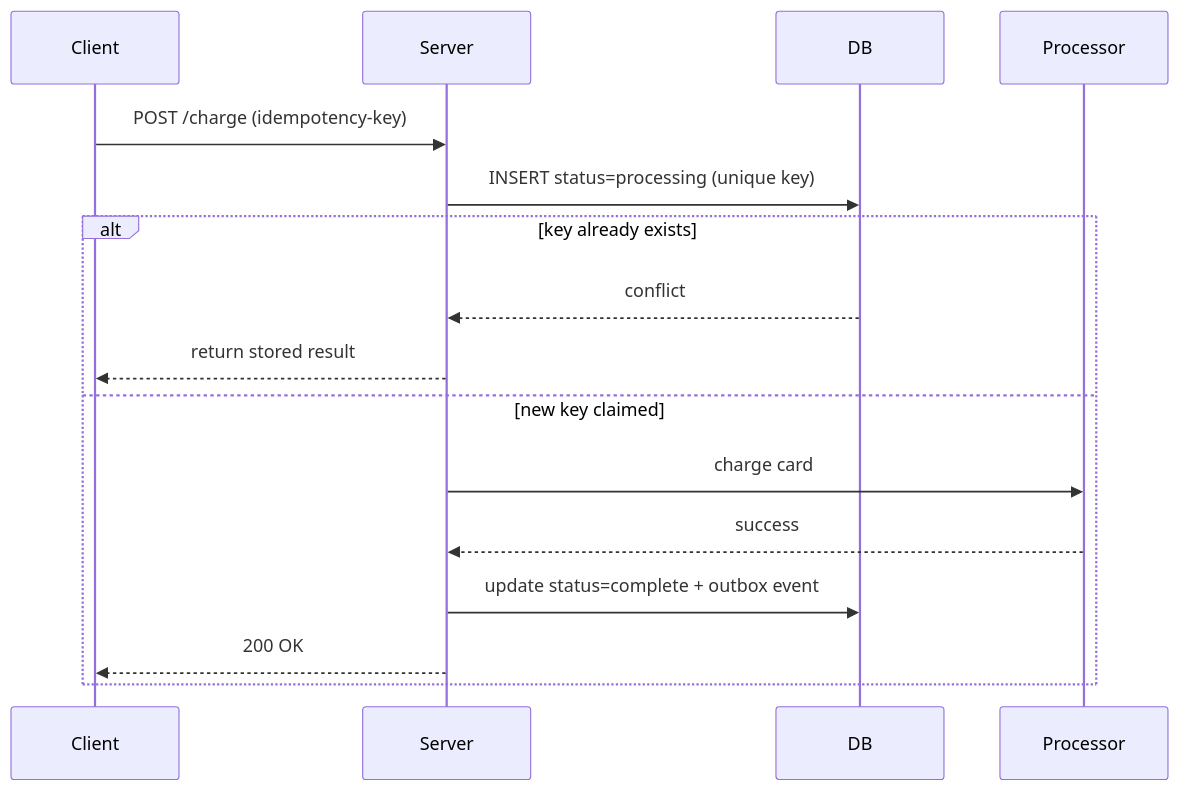
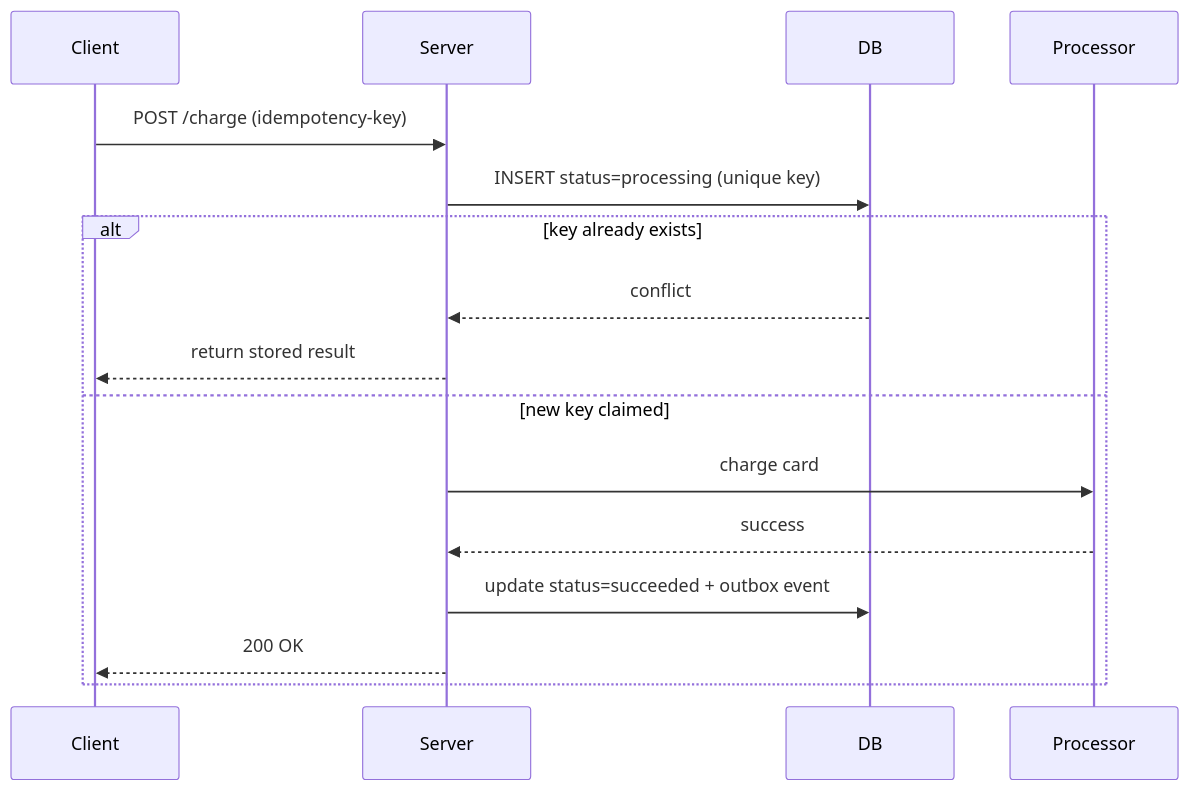
One commit to josuebrunel/josuebrunel.github.io changed the fifth of 10 diagrams in content/interview/interview-prep-system-design-case-studies.md. Above: the diagram before and after it, drawn with Mermaid. The commit also changed other lines of this file and 2 other files, not shown here.

````diff
--- a/content/interview/interview-prep-system-design-case-studies.md
+++ b/content/interview/interview-prep-system-design-case-studies.md
@@ -388,18 +456,18 @@
 ```mermaid
 sequenceDiagram
     participant Client
     participant Server
     participant DB
     participant Processor
     Client->>Server: POST /charge (idempotency-key)
     Server->>DB: INSERT status=processing (unique key)
     alt key already exists
         DB-->>Server: conflict
         Server-->>Client: return stored result
     else new key claimed
         Server->>Processor: charge card
         Processor-->>Server: success
-        Server->>DB: update status=complete + outbox event
+        Server->>DB: update status=succeeded + outbox event
         Server-->>Client: 200 OK
     end
 ```
````
